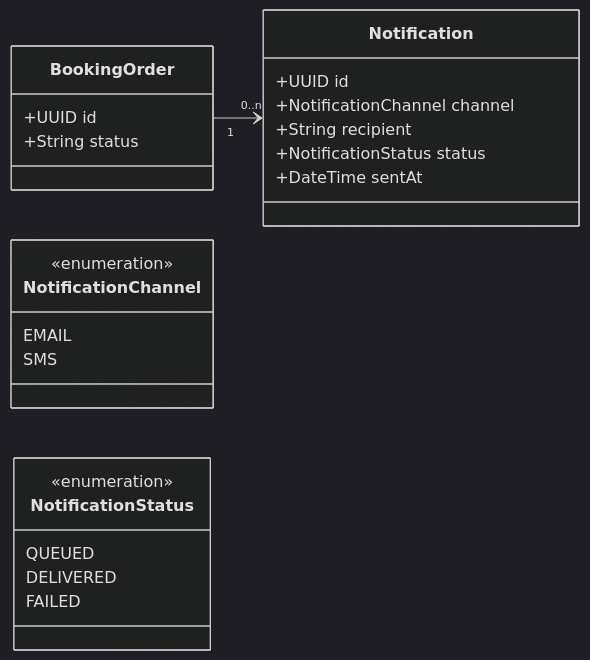
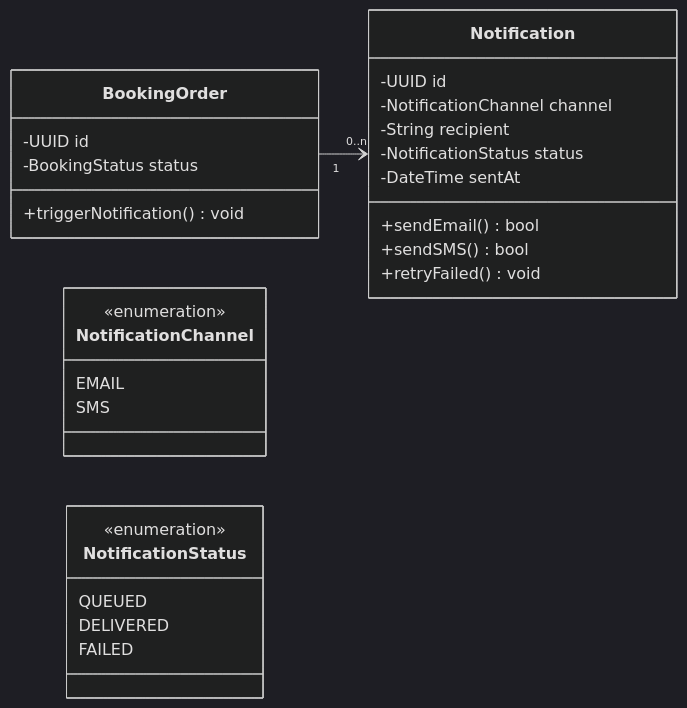
The fifth of 5 diagrams in README.md (qhun22/qq), drawn with Mermaid (dark theme) before and after one commit. The commit also changed other lines of this file, not shown here.

````diff
--- a/README.md
+++ b/README.md
@@ -424,32 +399,36 @@
 ```mermaid
 classDiagram
   direction LR
 
   class BookingOrder {
-    +UUID id
-    +String status
+    -UUID id
+    -BookingStatus status
+    +triggerNotification() void
   }
 
   class Notification {
-    +UUID id
-    +NotificationChannel channel
-    +String recipient
-    +NotificationStatus status
-    +DateTime sentAt
+    -UUID id
+    -NotificationChannel channel
+    -String recipient
+    -NotificationStatus status
+    -DateTime sentAt
+    +sendEmail() bool
+    +sendSMS() bool
+    +retryFailed() void
   }
 
   class NotificationChannel {
     <<enumeration>>
     EMAIL
     SMS
   }
 
   class NotificationStatus {
     <<enumeration>>
     QUEUED
     DELIVERED
     FAILED
   }
 
   BookingOrder "1" --> "0..n" Notification
 ```
````
